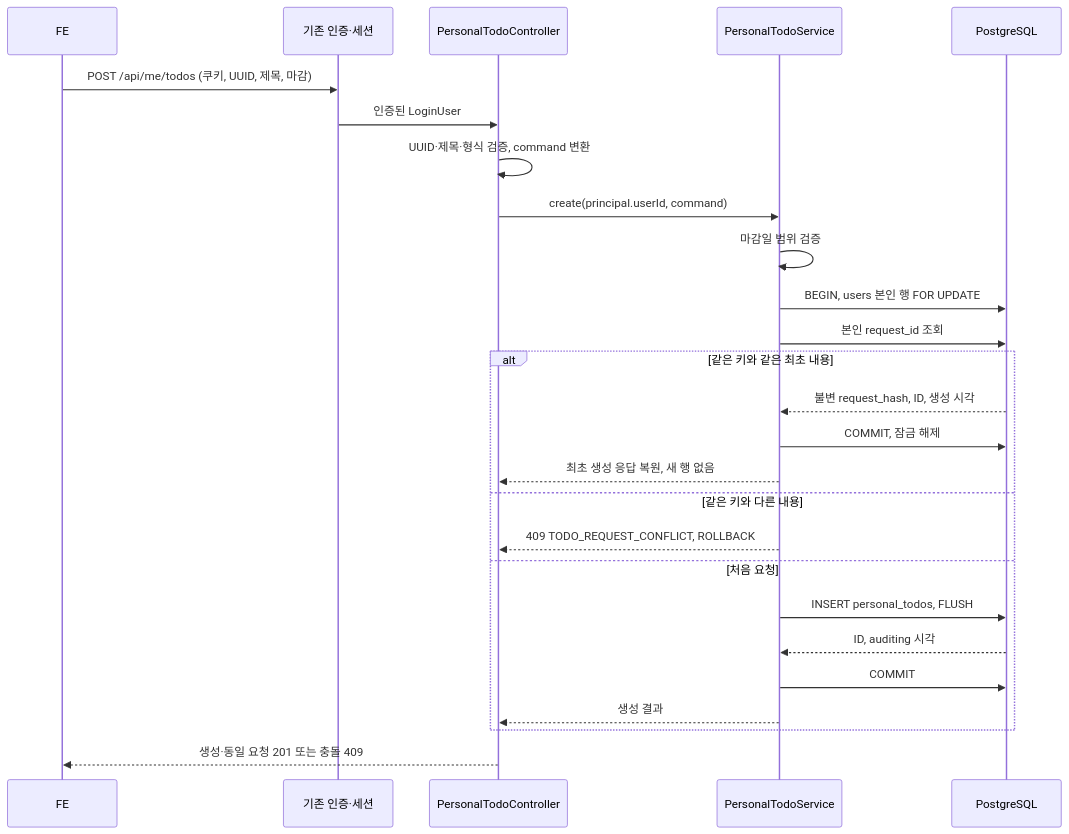
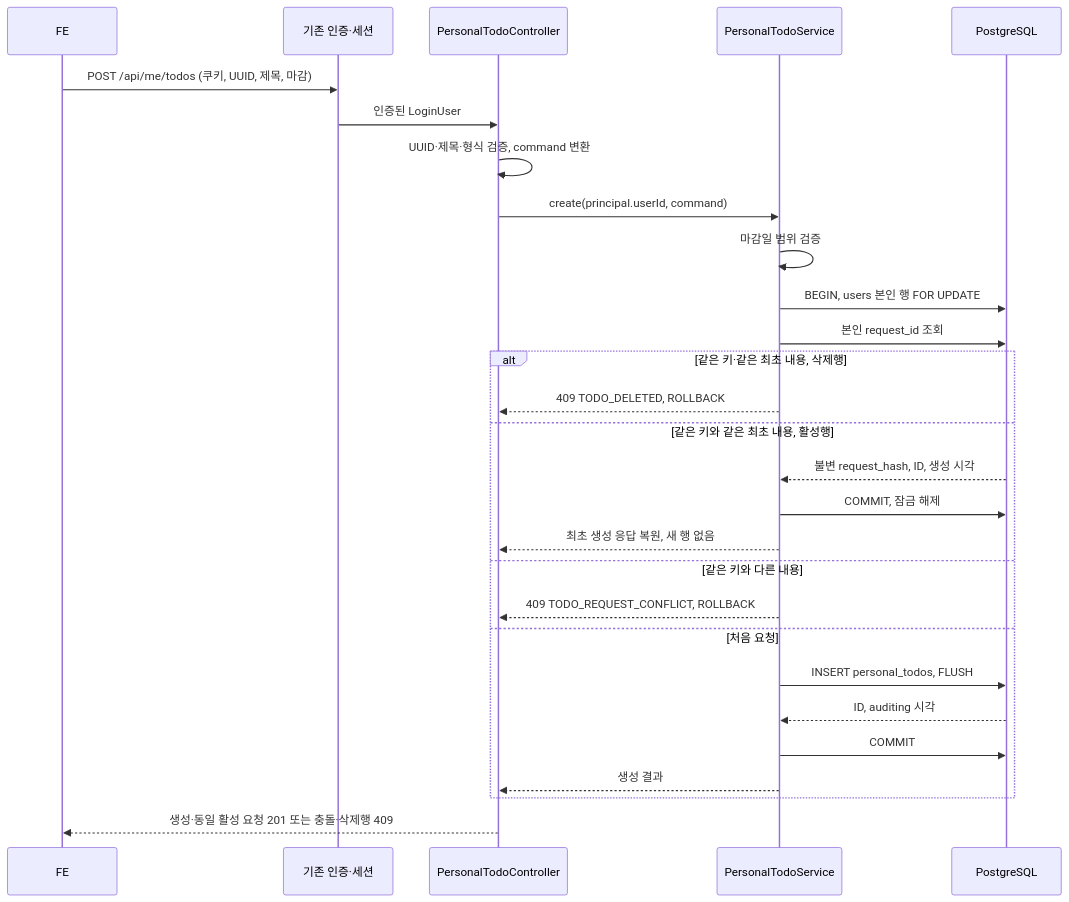
One commit to WonikQnCKDT/CoreviaAI_BE changed the first of 2 diagrams in docs/sequence/06-personal-todos-draft.md. Above: the diagram before and after it, drawn with Mermaid. The commit also changed other lines of this file and 17 other files, not shown here.

````diff
--- a/docs/sequence/06-personal-todos-draft.md
+++ b/docs/sequence/06-personal-todos-draft.md
@@ -12,28 +12,30 @@
 ```mermaid
 sequenceDiagram
     participant FE
     participant Auth as 기존 인증·세션
     participant API as PersonalTodoController
     participant Service as PersonalTodoService
     participant DB as PostgreSQL
     FE->>Auth: POST /api/me/todos (쿠키, UUID, 제목, 마감)
     Auth->>API: 인증된 LoginUser
     API->>API: UUID·제목·형식 검증, command 변환
     API->>Service: create(principal.userId, command)
     Service->>Service: 마감일 범위 검증
     Service->>DB: BEGIN, users 본인 행 FOR UPDATE
     Service->>DB: 본인 request_id 조회
-    alt 같은 키와 같은 최초 내용
+    alt 같은 키·같은 최초 내용, 삭제행
+        Service-->>API: 409 TODO_DELETED, ROLLBACK
+    else 같은 키와 같은 최초 내용, 활성행
         DB-->>Service: 불변 request_hash, ID, 생성 시각
         Service->>DB: COMMIT, 잠금 해제
         Service-->>API: 최초 생성 응답 복원, 새 행 없음
     else 같은 키와 다른 내용
         Service-->>API: 409 TODO_REQUEST_CONFLICT, ROLLBACK
     else 처음 요청
         Service->>DB: INSERT personal_todos, FLUSH
         DB-->>Service: ID, auditing 시각
         Service->>DB: COMMIT
         Service-->>API: 생성 결과
     end
-    API-->>FE: 생성·동일 요청 201 또는 충돌 409
+    API-->>FE: 생성·동일 활성 요청 201 또는 충돌·삭제행 409
 ```
````
